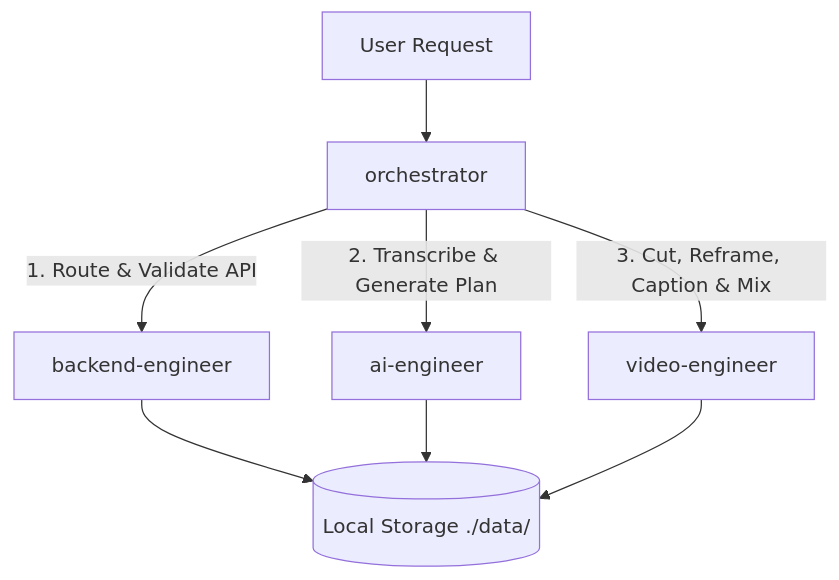
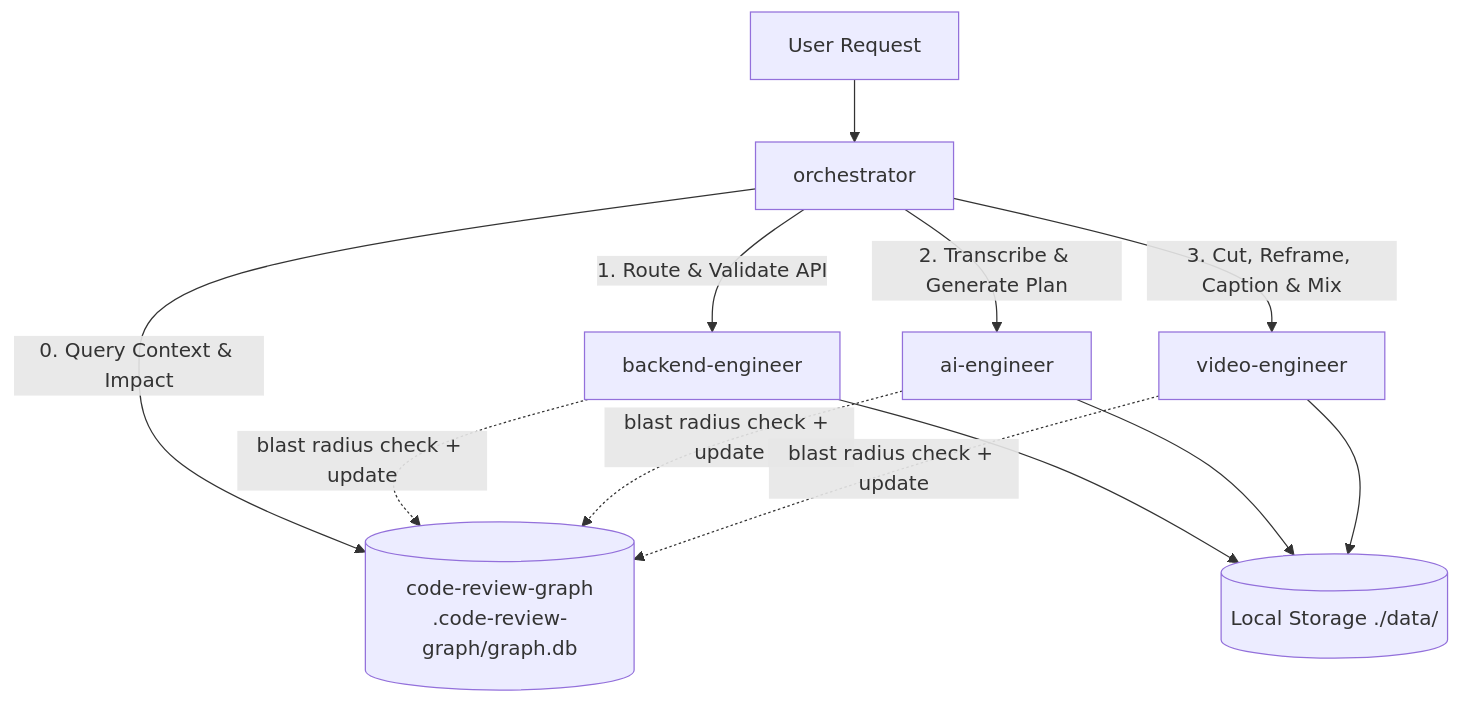
Before and after one commit to samirshaikh-dev/server: the diagram in AGENTS.md, drawn with Mermaid. The commit also changed other lines of this file and 6 other files, not shown here.

````diff
--- a/AGENTS.md
+++ b/AGENTS.md
@@ -30,10 +65,15 @@
 ```mermaid
 flowchart TD
     User["User Request"] --> Orchestrator["orchestrator"]
-    Orchestrator -->|"1. Route & Validate API"| Backend["backend-engineer"]
-    Orchestrator -->|"2. Transcribe & Generate Plan"| AI["ai-engineer"]
-    Orchestrator -->|"3. Cut, Reframe, Caption & Mix"| Video["video-engineer"]
+    Graph[("code-review-graph<br/>.code-review-graph/graph.db")]
+    Orchestrator -->|"0. Query Context &amp; Impact"| Graph
+    Orchestrator -->|"1. Route &amp; Validate API"| Backend["backend-engineer"]
+    Orchestrator -->|"2. Transcribe &amp; Generate Plan"| AI["ai-engineer"]
+    Orchestrator -->|"3. Cut, Reframe, Caption &amp; Mix"| Video["video-engineer"]
     Backend --> Storage[("Local Storage ./data/")]
     AI --> Storage
     Video --> Storage
+    Backend -.->|"blast radius check + update"| Graph
+    AI -.->|"blast radius check + update"| Graph
+    Video -.->|"blast radius check + update"| Graph
 ```
````
